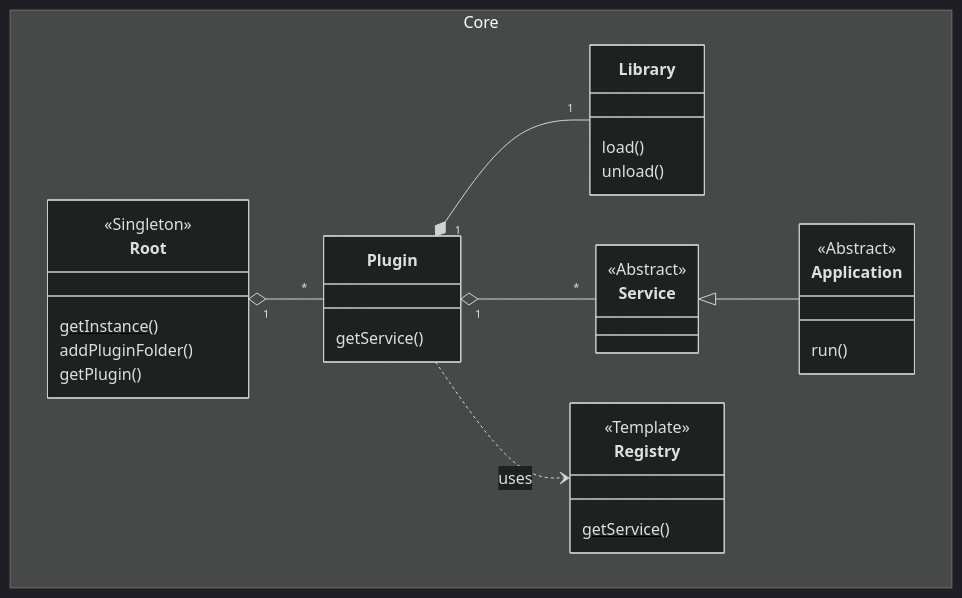
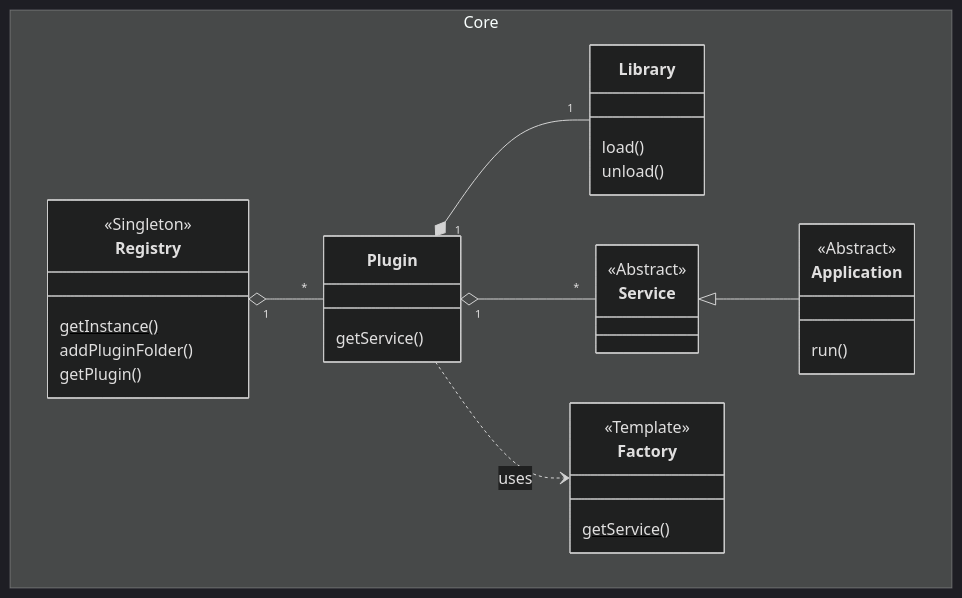
The diagram in Tutorials/02_Understand_The_Core/README.md (ghackenberg/lightweight-cpp-plugin-framework), drawn with Mermaid (dark theme) before and after one commit. The commit also changed other lines of this file and 1 other file, not shown here.

````diff
--- a/Tutorials/02_Understand_The_Core/README.md
+++ b/Tutorials/02_Understand_The_Core/README.md
@@ -11,41 +11,41 @@
 ```mermaid
 classDiagram
     namespace Core {
-        class Root {
+        class Registry {
             <<Singleton>>
             getInstance() $
             addPluginFolder()
             getPlugin()
         }
 
-        class Registry {
+        class Factory {
             <<Template>>
             getService()$
         }
 
         class Plugin {
             getService()
         }
 
         class Library {
             load()
             unload()
         }
 
         class Service {
             <<Abstract>>
         }
         
         class Application {
             <<Abstract>>
             run()
         }
     }
 
-    Root "1" o-- "*" Plugin
+    Registry "1" o-- "*" Plugin
     Plugin "1" *-- "1" Library
     Plugin "1" o-- "*" Service
-    Plugin ..> Registry : uses
+    Plugin ..> Factory : uses
     
     Service <|-- Application
 ```
````
